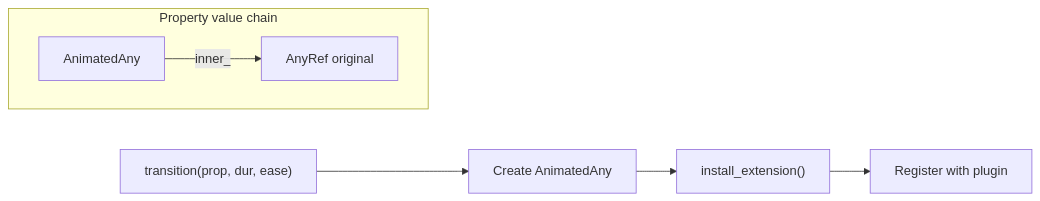
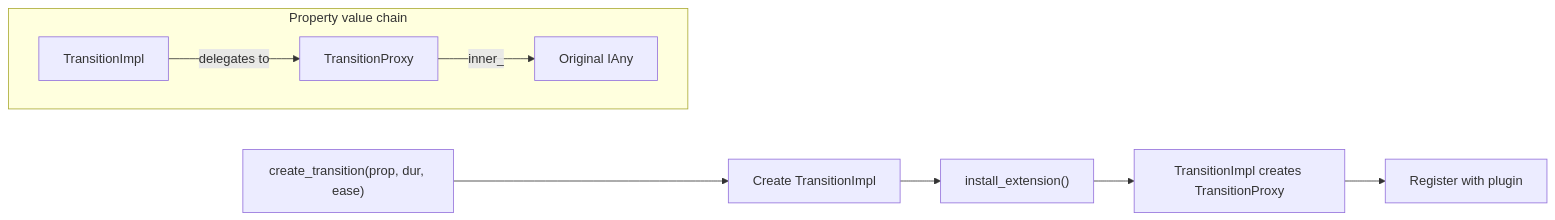
Before and after one commit to ljaaskela/velk: the third of 5 diagrams in docs/plugins/animator.md, drawn with Mermaid. The commit also changed other lines of this file and 21 other files, not shown here.

````diff
--- a/docs/plugins/animator.md
+++ b/docs/plugins/animator.md
@@ -339,11 +414,13 @@
 ```mermaid
 flowchart LR
-    A["transition(prop, dur, ease)"] --> B[Create AnimatedAny]
+    A["create_transition(prop, dur, ease)"] --> B[Create TransitionImpl]
     B --> C["install_extension()"]
-    C --> D["Register with plugin"]
+    C --> D[TransitionImpl creates TransitionProxy]
+    D --> E["Register with plugin"]
 
     subgraph "Property value chain"
         direction LR
-        E[AnimatedAny] -->|inner_| F[AnyRef original]
+        F[TransitionImpl] -->|delegates to| G[TransitionProxy]
+        G -->|inner_| H[Original IAny]
     end
 ```
````
